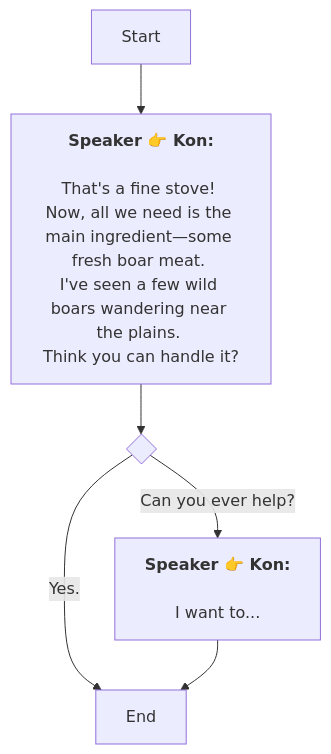
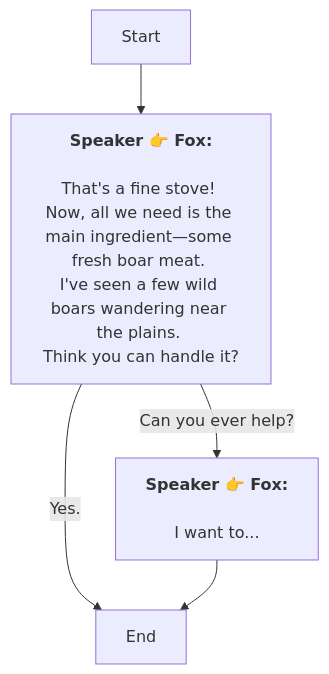
One commit to SoftHu/tos_avg changed the diagram in En/QuestStartTalkENode_1768893216400430.md. Above: the diagram before and after it, drawn with Mermaid. The commit also changed 737 other files, not shown here.

````diff
--- a/En/QuestStartTalkENode_1768893216400430.md
+++ b/En/QuestStartTalkENode_1768893216400430.md
@@ -1,16 +1,12 @@
 ```mermaid
 graph
-Start -->1768893252997169[<b>Speaker 👉 Kon:</b>
-
-That's a fine stove! 
-Now, all we need is the main ingredient—some fresh boar meat. 
-I've seen a few wild boars wandering near the plains. 
+Start -->1768893252997169[<b>Speaker 👉 Fox:</b>
+\nThat's a fine stove! 
+Now, all we need is the main ingredient—some fresh boar meat. \nI've seen a few wild boars wandering near the plains. 
 Think you can handle it?]
-1768893252997169 -->1768893293350962{ }
-1768893293350962 -->|Can you ever help?|1768893303806007[<b>Speaker 👉 Kon:</b>
-
-I want to...]
-1768893293350962 -->|Yes.|1768893307619384[End]
+1768893252997169 -->|Can you ever help?|1768893303806007[<b>Speaker 👉 Fox:</b>
+\nI want to...]
+1768893252997169 -->|Yes.|1768893307619384[End]
 1768893303806007 -->1768893307619384[End]
 
- ```
+```
````
